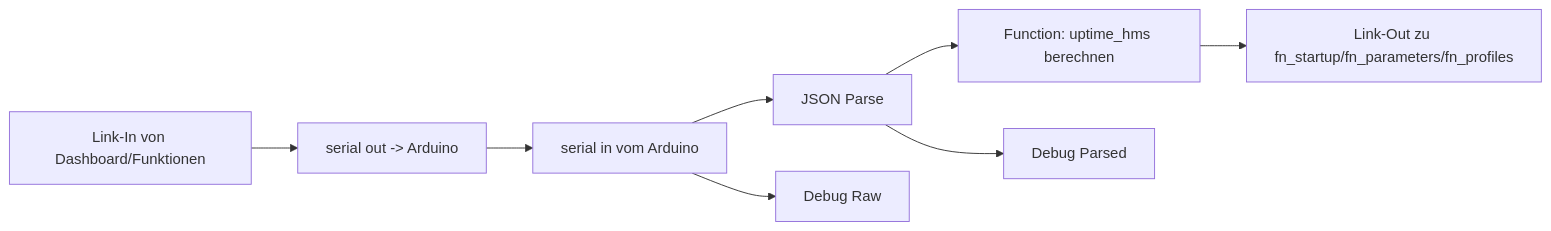
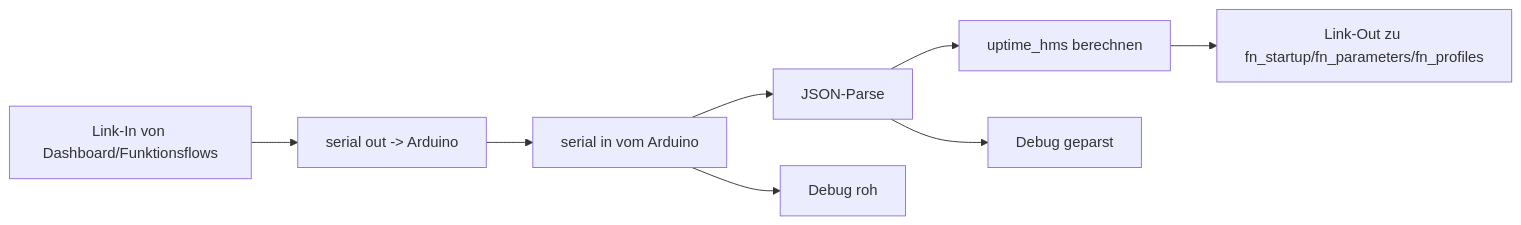
One commit to HerrnDK/Projekt changed the seventh of 13 diagrams in nodered/flows/FLOW_ARCHITEKTUR_PLAN.md. Above: the diagram before and after it, drawn with Mermaid. The commit also changed other lines of this file and 11 other files, not shown here.

````diff
--- a/nodered/flows/FLOW_ARCHITEKTUR_PLAN.md
+++ b/nodered/flows/FLOW_ARCHITEKTUR_PLAN.md
@@ -158,10 +158,10 @@
 ```mermaid
 flowchart LR
-  A[Link-In von Dashboard/Funktionen] --> B[serial out -> Arduino]
+  A[Link-In von Dashboard/Funktionsflows] --> B[serial out -> Arduino]
   B --> C[serial in vom Arduino]
-  C --> D[JSON Parse]
-  D --> E[Function: uptime_hms berechnen]
+  C --> D[JSON-Parse]
+  D --> E[uptime_hms berechnen]
   E --> F[Link-Out zu fn_startup/fn_parameters/fn_profiles]
-  C --> G[Debug Raw]
-  D --> H[Debug Parsed]
+  C --> G[Debug roh]
+  D --> H[Debug geparst]
 ```
````
